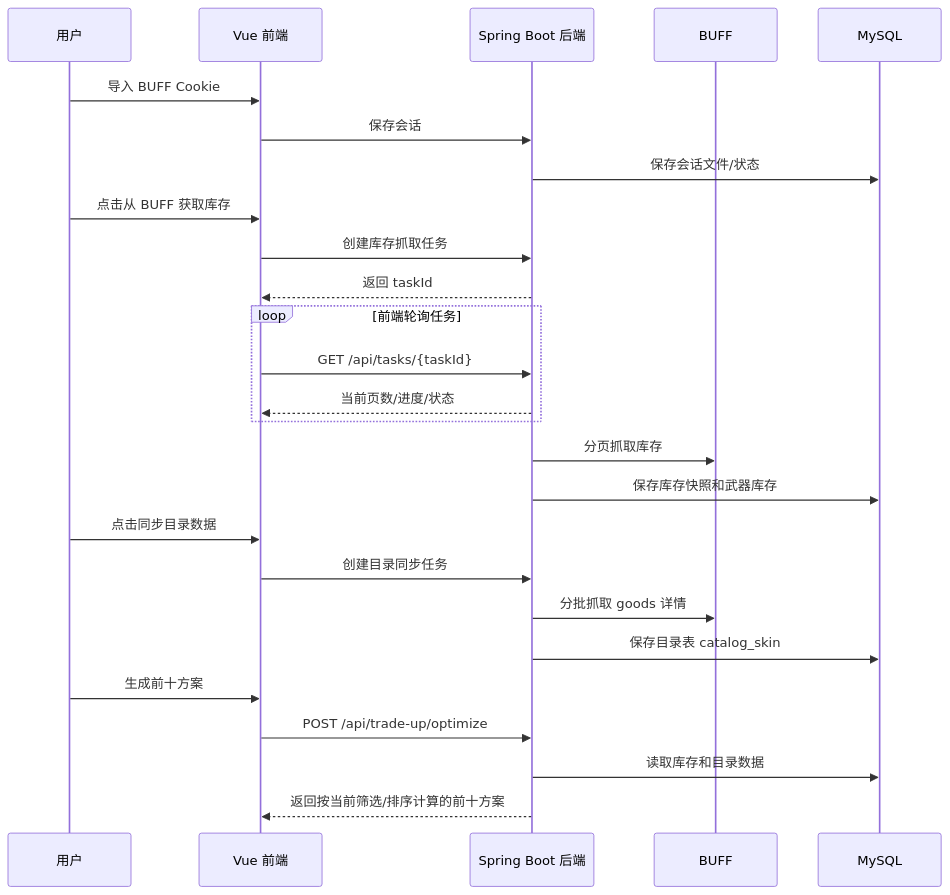
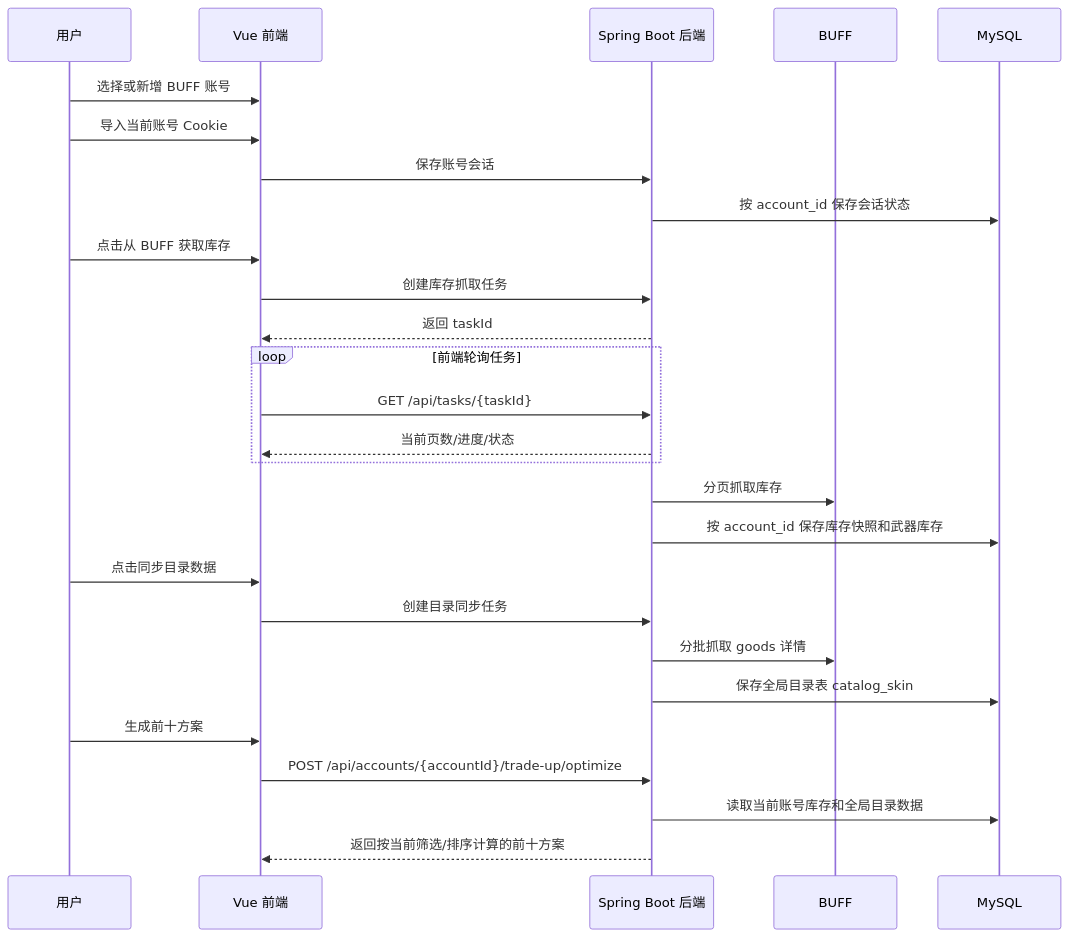
Before and after one commit to qyaaaa/cs-taihuan: the first of 4 diagrams in docs/usage-guide.md, drawn with Mermaid. The commit also changed other lines of this file and 53 other files, not shown here.

````diff
--- a/docs/usage-guide.md
+++ b/docs/usage-guide.md
@@ -7,32 +7,33 @@
 ```mermaid
 sequenceDiagram
     participant User as 用户
     participant FE as Vue 前端
     participant API as Spring Boot 后端
     participant BUFF as BUFF
     participant DB as MySQL
 
-    User->>FE: 导入 BUFF Cookie
-    FE->>API: 保存会话
-    API->>DB: 保存会话文件/状态
+    User->>FE: 选择或新增 BUFF 账号
+    User->>FE: 导入当前账号 Cookie
+    FE->>API: 保存账号会话
+    API->>DB: 按 account_id 保存会话状态
 
     User->>FE: 点击从 BUFF 获取库存
     FE->>API: 创建库存抓取任务
     API-->>FE: 返回 taskId
     loop 前端轮询任务
         FE->>API: GET /api/tasks/{taskId}
         API-->>FE: 当前页数/进度/状态
     end
     API->>BUFF: 分页抓取库存
-    API->>DB: 保存库存快照和武器库存
+    API->>DB: 按 account_id 保存库存快照和武器库存
 
     User->>FE: 点击同步目录数据
     FE->>API: 创建目录同步任务
     API->>BUFF: 分批抓取 goods 详情
-    API->>DB: 保存目录表 catalog_skin
+    API->>DB: 保存全局目录表 catalog_skin
 
     User->>FE: 生成前十方案
-    FE->>API: POST /api/trade-up/optimize
-    API->>DB: 读取库存和目录数据
+    FE->>API: POST /api/accounts/{accountId}/trade-up/optimize
+    API->>DB: 读取当前账号库存和全局目录数据
     API-->>FE: 返回按当前筛选/排序计算的前十方案
 ```
````
